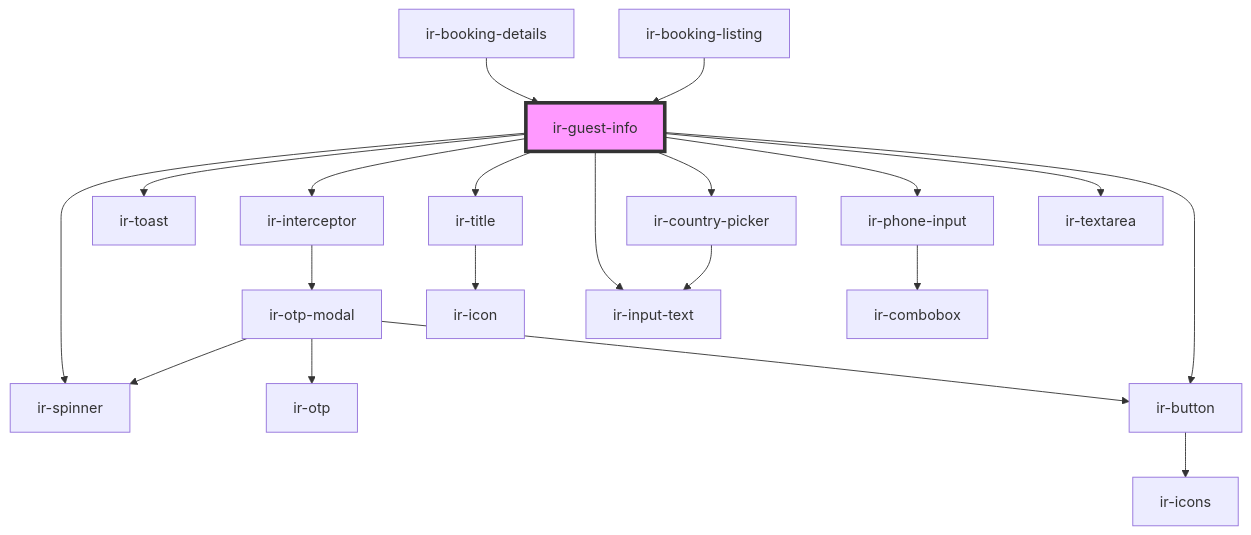
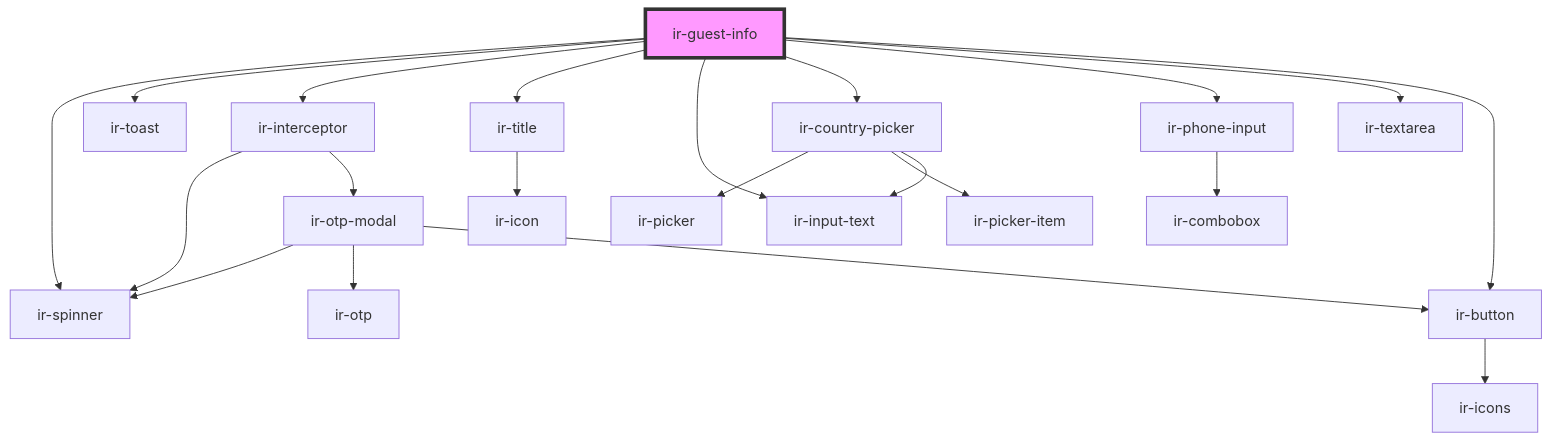
The diagram in src/components/ir-guest-info/readme.md (RonyRizk/ir-webcmp), drawn with Mermaid before and after one commit. The commit also changed other lines of this file and 433 other files, not shown here.

````diff
--- a/src/components/ir-guest-info/readme.md
+++ b/src/components/ir-guest-info/readme.md
@@ -49,23 +44,24 @@
 ```mermaid
 graph TD;
   ir-guest-info --> ir-spinner
   ir-guest-info --> ir-toast
   ir-guest-info --> ir-interceptor
   ir-guest-info --> ir-title
   ir-guest-info --> ir-input-text
   ir-guest-info --> ir-country-picker
   ir-guest-info --> ir-phone-input
   ir-guest-info --> ir-textarea
   ir-guest-info --> ir-button
+  ir-interceptor --> ir-spinner
   ir-interceptor --> ir-otp-modal
   ir-otp-modal --> ir-spinner
   ir-otp-modal --> ir-otp
   ir-otp-modal --> ir-button
   ir-button --> ir-icons
   ir-title --> ir-icon
+  ir-country-picker --> ir-picker
+  ir-country-picker --> ir-picker-item
   ir-country-picker --> ir-input-text
   ir-phone-input --> ir-combobox
-  ir-booking-details --> ir-guest-info
-  ir-booking-listing --> ir-guest-info
   style ir-guest-info fill:#f9f,stroke:#333,stroke-width:4px
 ```
````
